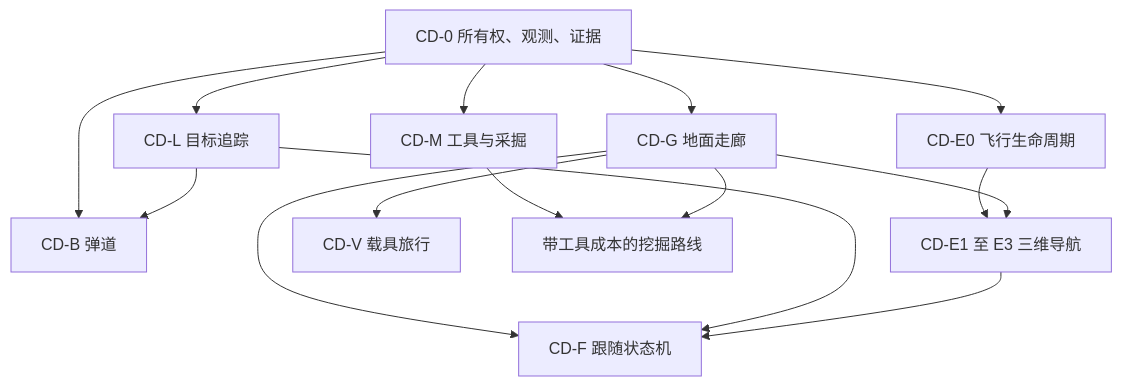
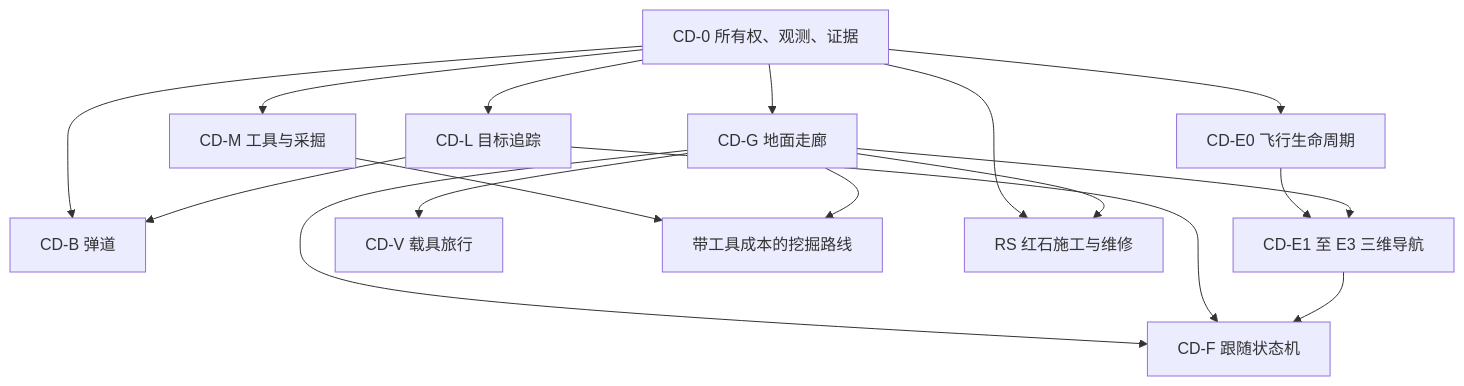
The diagram in docs/fork/capability-deepening-plan.md (3067997259-design/airi), drawn with Mermaid before and after one commit. The commit also changed other lines of this file, not shown here.

````diff
--- a/docs/fork/capability-deepening-plan.md
+++ b/docs/fork/capability-deepening-plan.md
@@ -116,17 +117,19 @@
 ```mermaid
 flowchart TD
   C[CD-0 所有权、观测、证据] --> G[CD-G 地面走廊]
   C --> L[CD-L 目标追踪]
   C --> M[CD-M 工具与采掘]
   C --> B[CD-B 弹道]
   C --> E0[CD-E0 飞行生命周期]
   E0 --> E[CD-E1 至 E3 三维导航]
   G --> E
   G --> V[CD-V 载具旅行]
   G --> F[CD-F 跟随状态机]
   L --> F
   L --> B
   E --> F
   M --> GM[带工具成本的挖掘路线]
   G --> GM
+  C --> RS[RS 红石施工与维修]
+  G --> RS
 ```
````
